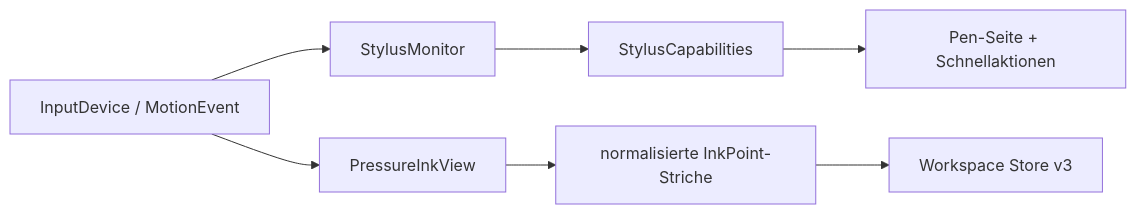
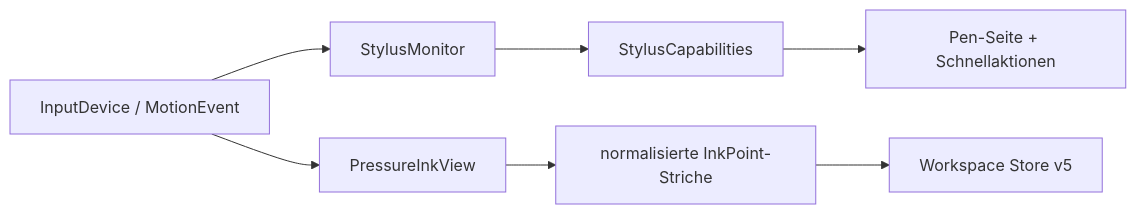
Before and after one commit to chekento/kosch-ai-android: the second of 6 diagrams in docs/ARCHITECTURE.md, drawn with Mermaid. The commit also changed other lines of this file and 23 other files, not shown here.

````diff
--- a/docs/ARCHITECTURE.md
+++ b/docs/ARCHITECTURE.md
@@ -50,9 +56,9 @@
 ```mermaid
 flowchart LR
     Device["InputDevice / MotionEvent"] --> Monitor["StylusMonitor"]
     Monitor --> Cap["StylusCapabilities"]
     Cap --> Shell["Pen-Seite + Schnellaktionen"]
     Device --> Ink["PressureInkView"]
     Ink --> Normalize["normalisierte InkPoint-Striche"]
-    Normalize --> Store["Workspace Store v3"]
+    Normalize --> Store["Workspace Store v5"]
 ```
````
